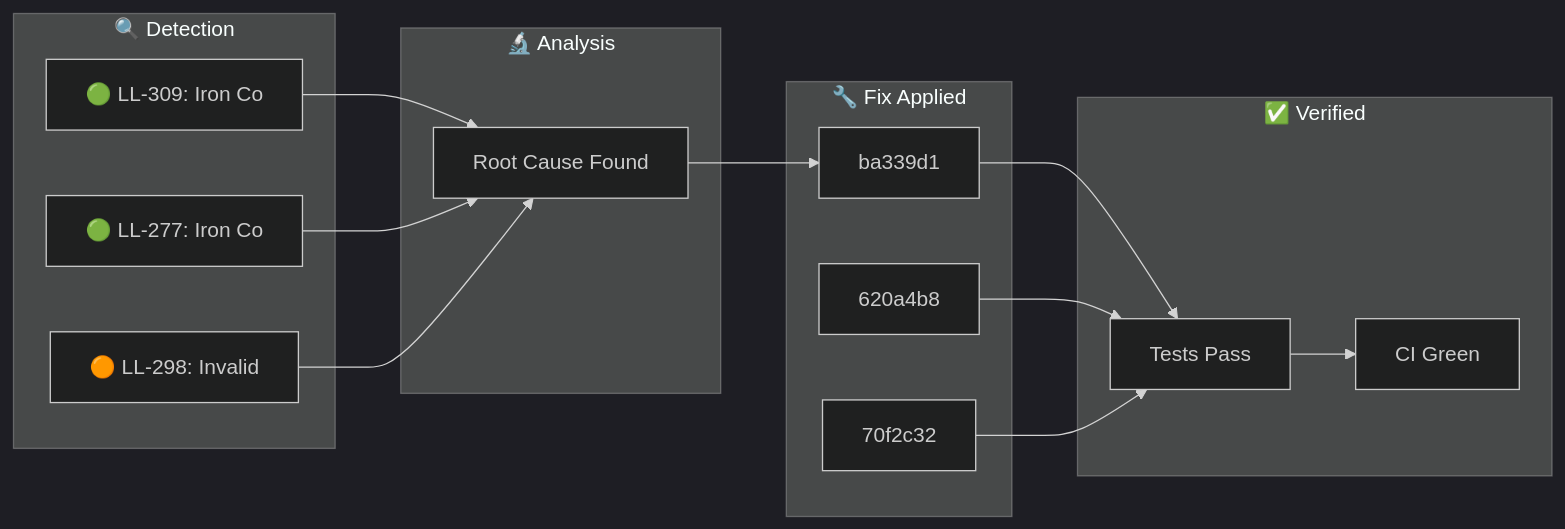
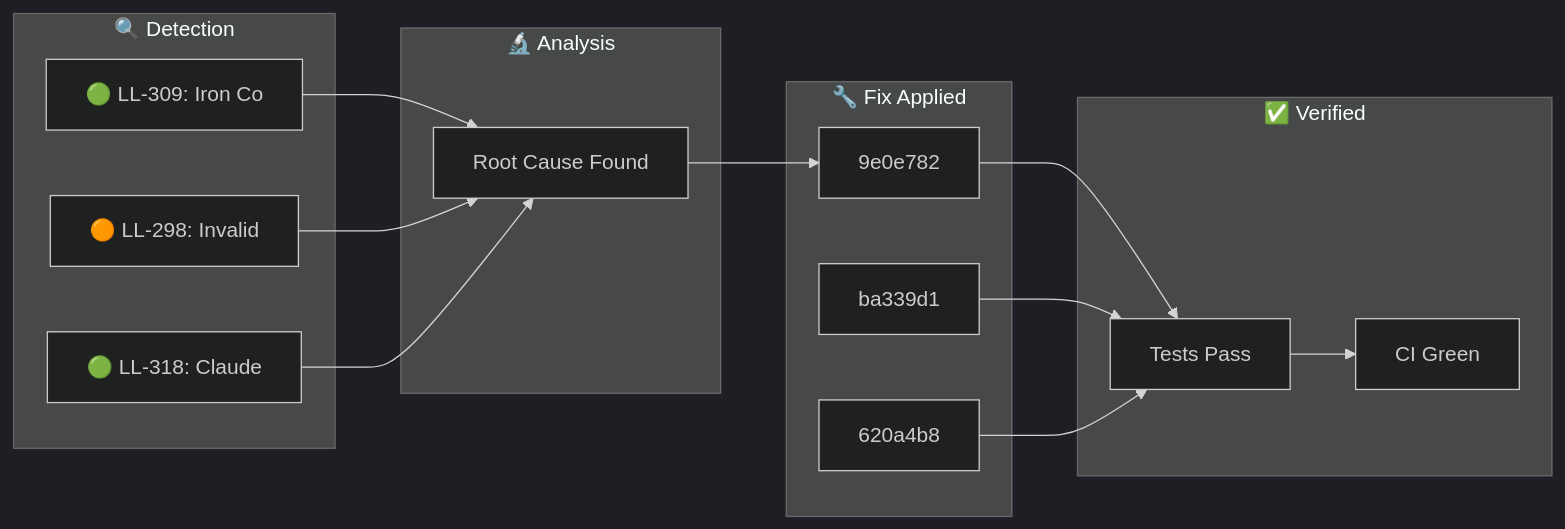
The diagram in docs/_posts/2026-01-30-ralph-discovery.md (YoByron/trading), drawn with Mermaid (dark theme) before and after one commit. The commit also changed other lines of this file, not shown here.

````diff
--- a/docs/_posts/2026-01-30-ralph-discovery.md
+++ b/docs/_posts/2026-01-30-ralph-discovery.md
@@ -17,28 +17,28 @@
 ```mermaid
 flowchart LR
     subgraph Detection["🔍 Detection"]
         D1["🟢 LL-309: Iron Co"]
-        D2["🟢 LL-277: Iron Co"]
-        D3["🟠 LL-298: Invalid"]
+        D2["🟠 LL-298: Invalid"]
+        D3["🟢 LL-318: Claude "]
     end
     subgraph Analysis["🔬 Analysis"]
         A1["Root Cause Found"]
     end
     subgraph Fix["🔧 Fix Applied"]
-        F1["ba339d1"]
-        F2["620a4b8"]
-        F3["70f2c32"]
+        F1["9e0e782"]
+        F2["ba339d1"]
+        F3["620a4b8"]
     end
     subgraph Verify["✅ Verified"]
         V1["Tests Pass"]
         V2["CI Green"]
     end
     D1 --> A1
     D2 --> A1
     D3 --> A1
     A1 --> F1
     F1 --> V1
     F2 --> V1
     F3 --> V1
     V1 --> V2
 ```
````
